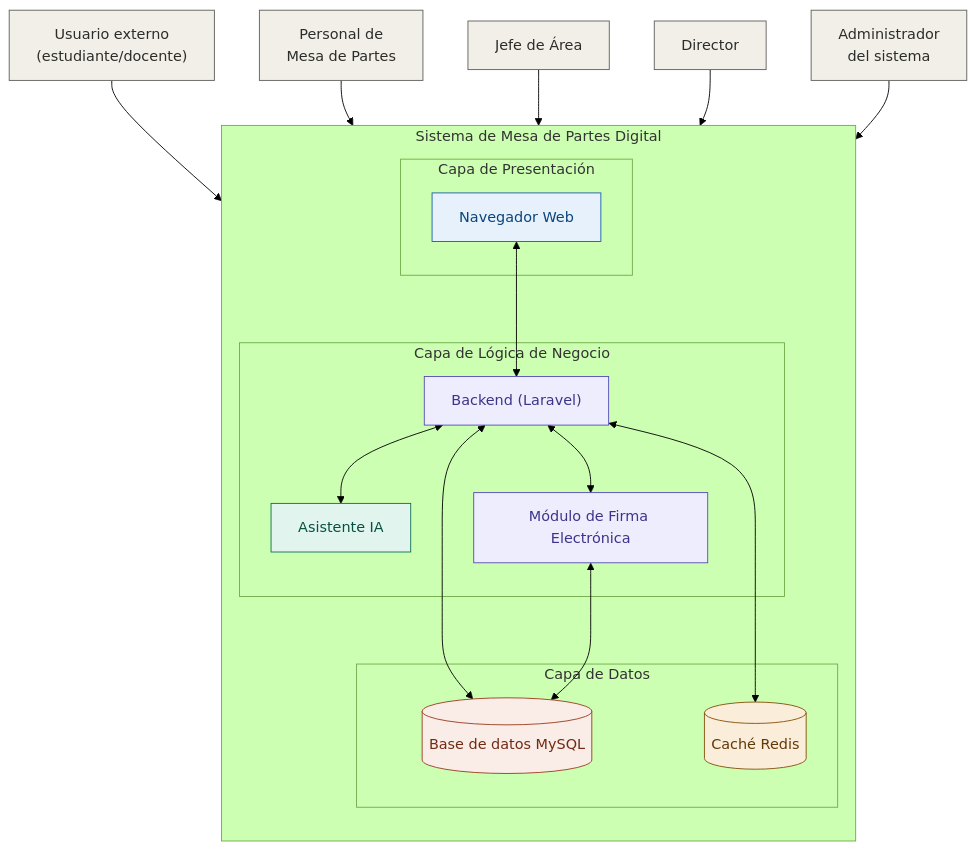
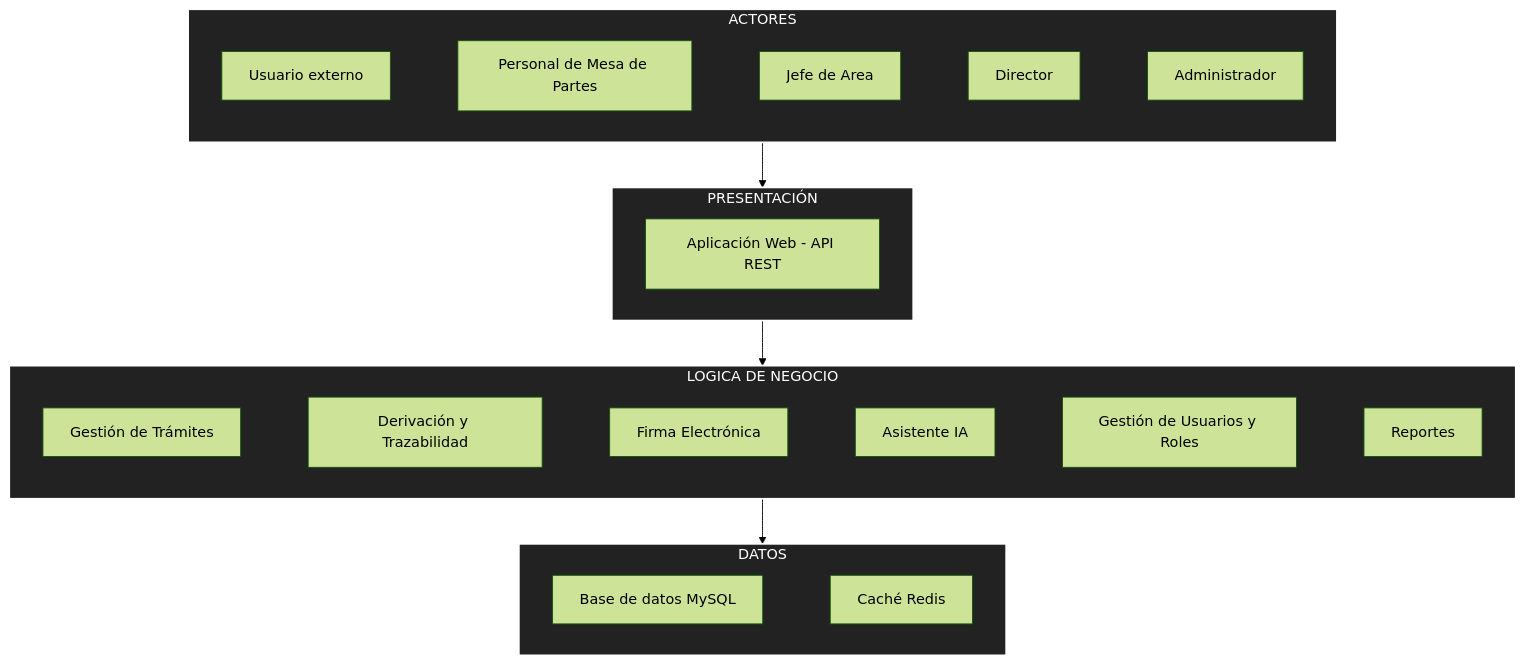
Before and after one commit to nelson-garay/Mesa-partes-arqSoft-nelson: the diagram in arquitectura/arquitectura-inicial.md, drawn with Mermaid (forest theme). The commit also changed other lines of this file, not shown here.

Commit message:
docs: actualiza diagrama de arquitectura por bloques

````diff
--- a/arquitectura/arquitectura-inicial.md
+++ b/arquitectura/arquitectura-inicial.md
@@ -5,53 +5,50 @@
 ```mermaid
-flowchart TB
-    UE["Usuario externo<br/>(estudiante/docente)"]
-    PMP["Personal de<br/>Mesa de Partes"]
-    JA["Jefe de Área"]
+flowchart TD
+
+subgraph ACTORES["ACTORES"]
+    UE["Usuario externo"]
+    PMP["Personal de Mesa de Partes"]
+    JA["Jefe de Area"]
     DIR["Director"]
-    ADM["Administrador<br/>del sistema"]
+    ADM["Administrador"]
 
-    subgraph SISTEMA["Sistema de Mesa de Partes Digital"]
-        direction TB
-        subgraph L1["Capa de Presentación"]
-            WEB["Navegador Web"]
-        end
+end
 
-        subgraph L2["Capa de Lógica de Negocio"]
-            BACK["Backend (Laravel)"]
-            IA["Asistente IA"]
-            FIRMA["Módulo de Firma Electrónica"]
-        end
+subgraph PRESENTACION["PRESENTACIÓN"]
+    Web["Aplicación Web - API REST"]
+end
 
-        subgraph L3["Capa de Datos"]
-            DB[("Base de datos MySQL")]
-            CACHE[("Caché Redis")]
-        end
+subgraph NEGOCIO["LOGICA DE NEGOCIO"]
+    Tramites["Gestión de Trámites"]
+    Derivacion["Derivación y Trazabilidad"]
+    Firma["Firma Electrónica"]
+    IA["Asistente IA"]
+    Usuarios["Gestión de Usuarios y Roles"]
+    Reportes["Reportes"]
+end
 
-        WEB <--> BACK
-        BACK <--> IA
-        BACK <--> FIRMA
-        BACK <--> DB
-        BACK <--> CACHE
-        FIRMA <--> DB
-    end
+subgraph DATOS["DATOS"]
+    BD["Base de datos MySQL"]
+    Cache["Caché Redis"]
+end
 
-    UE --> WEB
-    PMP --> WEB
-    JA --> WEB
-    DIR --> WEB
-    ADM --> WEB
+ACTORES --> PRESENTACION
+PRESENTACION --> NEGOCIO
+NEGOCIO --> DATOS
 
-    classDef actor fill:#F1EFE8,stroke:#5F5E5A,color:#2C2C2A;
-    classDef pres fill:#E6F1FB,stroke:#185FA5,color:#0C447C;
-    classDef logic fill:#EEEDFE,stroke:#534AB7,color:#3C3489;
-    classDef ia fill:#E1F5EE,stroke:#0F6E56,color:#085041;
-    classDef data fill:#FAECE7,stroke:#993C1D,color:#712B13;
-    classDef cache fill:#FAEEDA,stroke:#854F0B,color:#633806;
+UE ~~~ PMP
+PMP ~~~ JA
+JA ~~~ DIR
+DIR ~~~ ADM
+Tramites ~~~ Derivacion
+Derivacion ~~~ Firma
+Firma ~~~ IA
+IA ~~~ Usuarios
+Usuarios ~~~ Reportes
+BD ~~~ Cache
 
-    class UE,PMP,JA,DIR,ADM,VER actor;
-    class WEB pres;
-    class BACK,FIRMA logic;
-    class IA ia;
-    class DB data;
-    class CACHE cache;
+style ACTORES fill:#222,stroke:#fff,stroke-width:2px,color:#fff
+style PRESENTACION fill:#222,stroke:#fff,stroke-width:2px,color:#fff
+style NEGOCIO fill:#222,stroke:#fff,stroke-width:2px,color:#fff
+style DATOS fill:#222,stroke:#fff,stroke-width:2px,color:#fff
 ```
````
